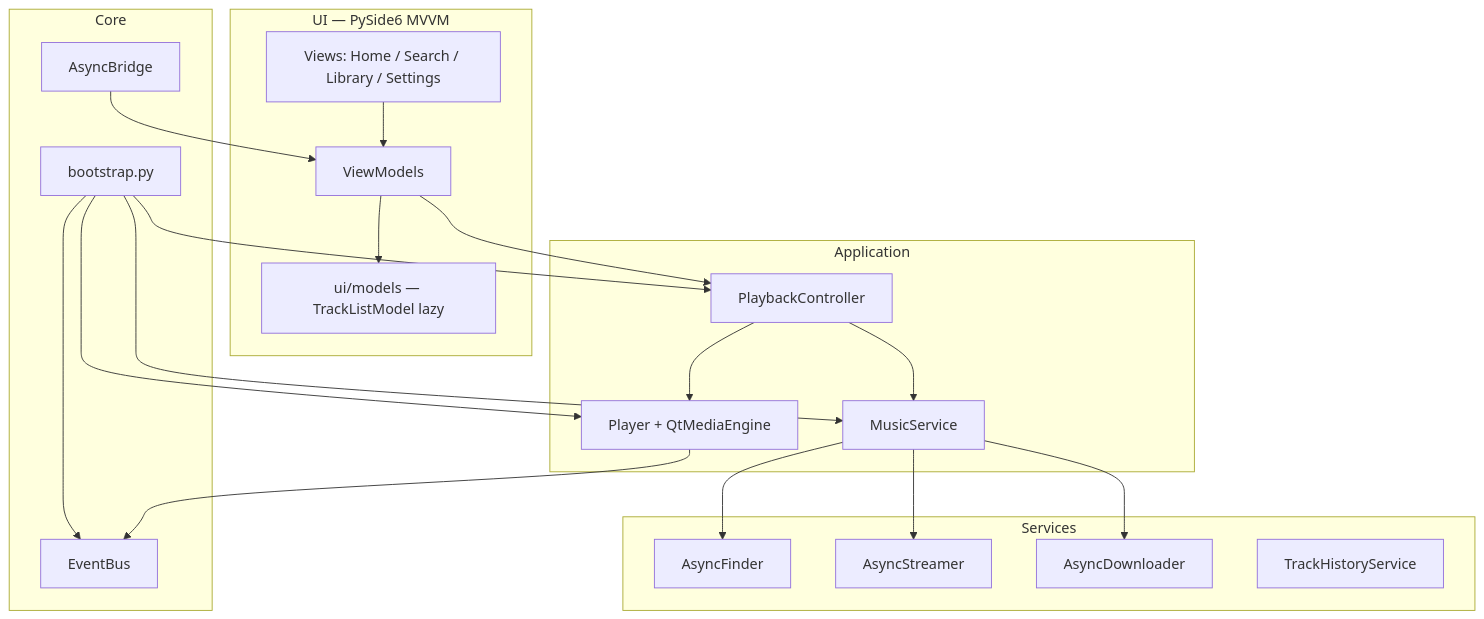
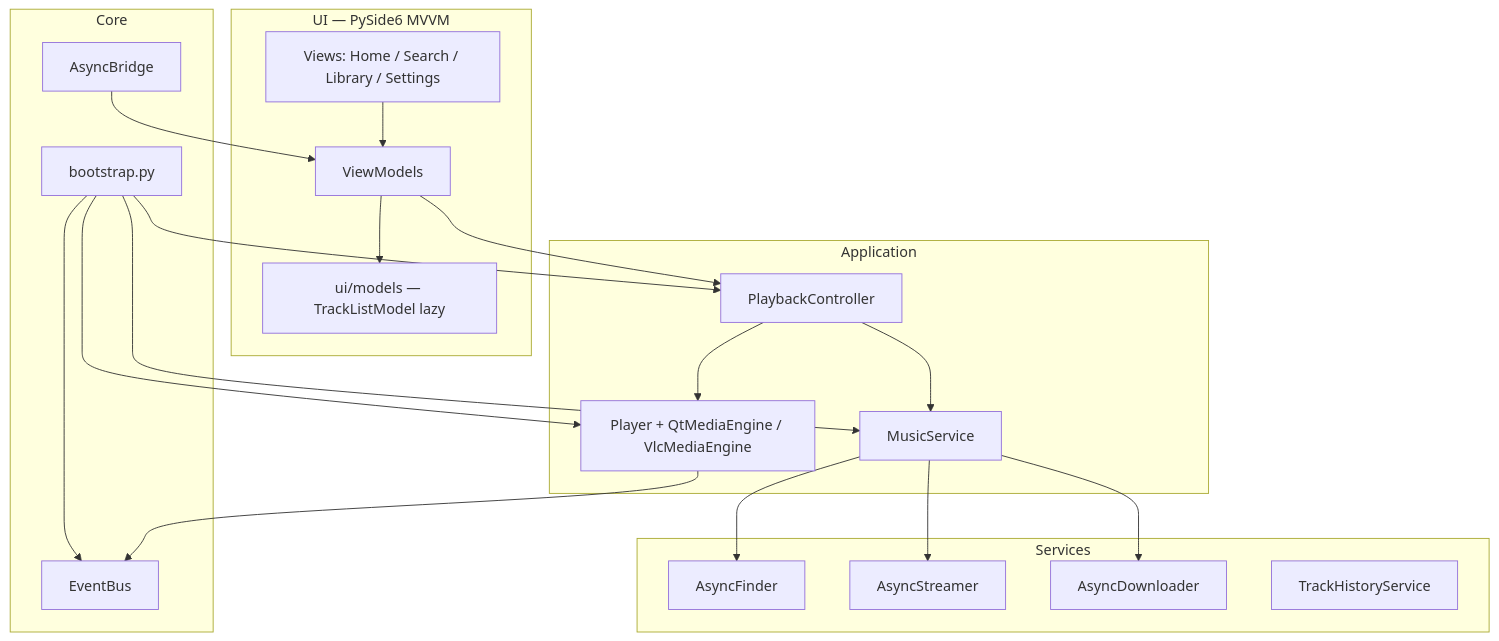
Before and after one commit to Really-Fun/CleanPlayer: the diagram in README.md, drawn with Mermaid. The commit also changed other lines of this file and 62 other files, not shown here.

````diff
--- a/README.md
+++ b/README.md
@@ -150,42 +178,42 @@
 ```mermaid
 flowchart TB
     subgraph ui [UI — PySide6 MVVM]
         View[Views: Home / Search / Library / Settings]
         VM[ViewModels]
         UIModel[ui/models — TrackListModel lazy]
     end
 
     subgraph core [Core]
         Bootstrap[bootstrap.py]
         Bridge[AsyncBridge]
         EB[EventBus]
     end
 
     subgraph app [Application]
         PC[PlaybackController]
         MS[MusicService]
-        Player[Player + QtMediaEngine]
+        Player[Player + QtMediaEngine / VlcMediaEngine]
     end
 
     subgraph services [Services]
         Finder[AsyncFinder]
         Streamer[AsyncStreamer]
         Downloader[AsyncDownloader]
         History[TrackHistoryService]
     end
 
     View --> VM
     VM --> PC
     VM --> UIModel
     Bootstrap --> PC
     Bootstrap --> MS
     Bootstrap --> Player
     Bootstrap --> EB
     PC --> Player
     PC --> MS
     MS --> Finder
     MS --> Streamer
     MS --> Downloader
     Player --> EB
     Bridge --> VM
 ```
````
